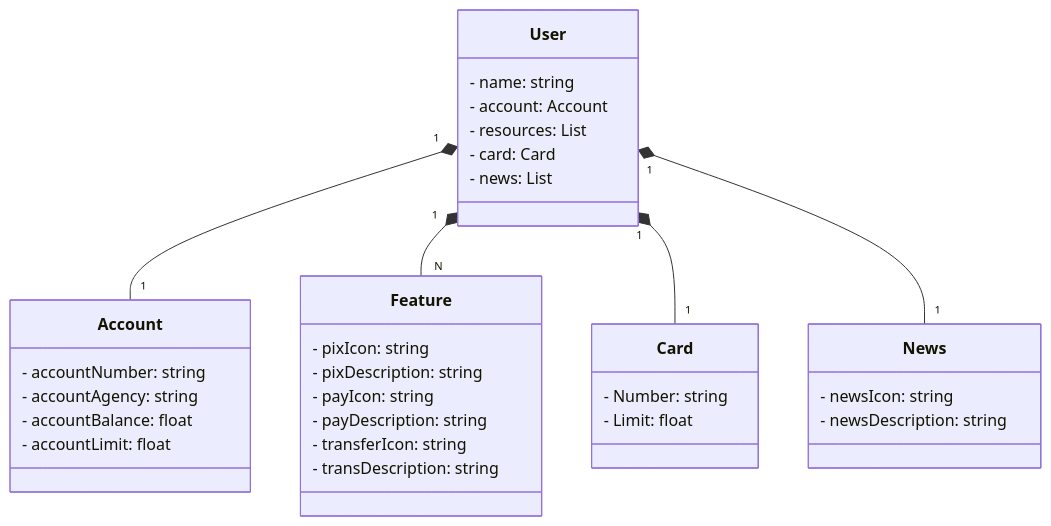
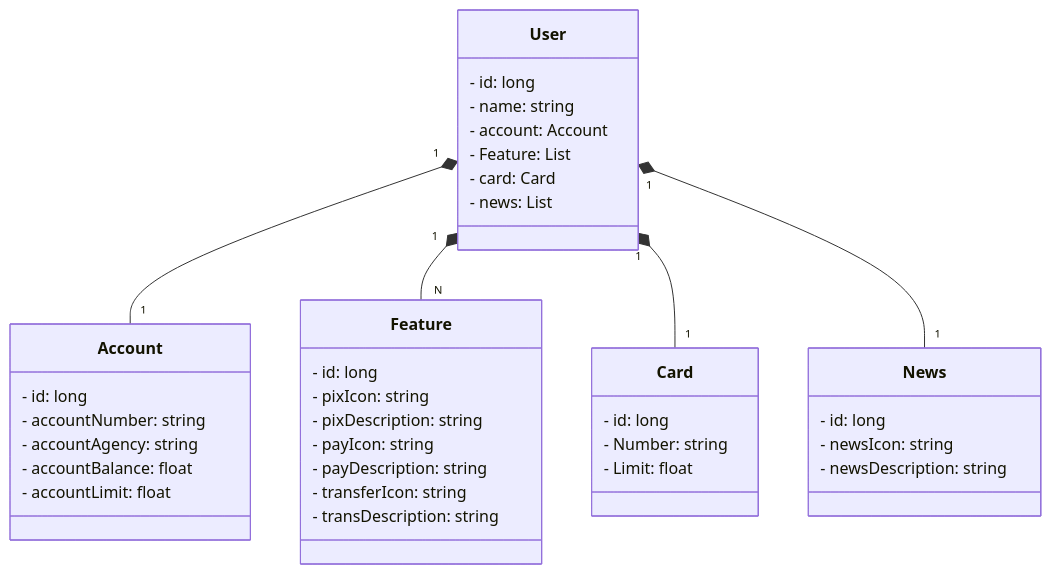
Before and after one commit to Diego-de-Souza/Santander-dev-week-2023: the diagram in README.md, drawn with Mermaid.

Commit message:
Update README.md
acerto das classes, inclusão dos "id" e mudança de "Resource" para "Feature" na classe User

````diff
--- a/README.md
+++ b/README.md
@@ -6,41 +6,46 @@
 ```mermaid
 classDiagram
 class User {
+  - id: long
   - name: string
   - account: Account
-  - resources: List<Resource>
+  - Feature: List<Resource>
   - card: Card
   - news: List<News>
 }
 
 class Account {
+  - id: long
   - accountNumber: string
   - accountAgency: string
   - accountBalance: float
   - accountLimit: float
 }
 
 class Feature {
+  - id: long
   - pixIcon: string
   - pixDescription: string
   - payIcon: string
   - payDescription: string
   - transferIcon: string
   - transDescription: string
 }
 
 class Card {
+  - id: long
   - Number: string
   - Limit: float
 }
 
 class News {
+  - id: long
   - newsIcon: string
   - newsDescription: string
 }
 
 User "1" *-- "1" Account
 User "1" *-- "N" Feature
 User "1" *-- "1" Card
 User "1" *-- "1" News
 ```
````
